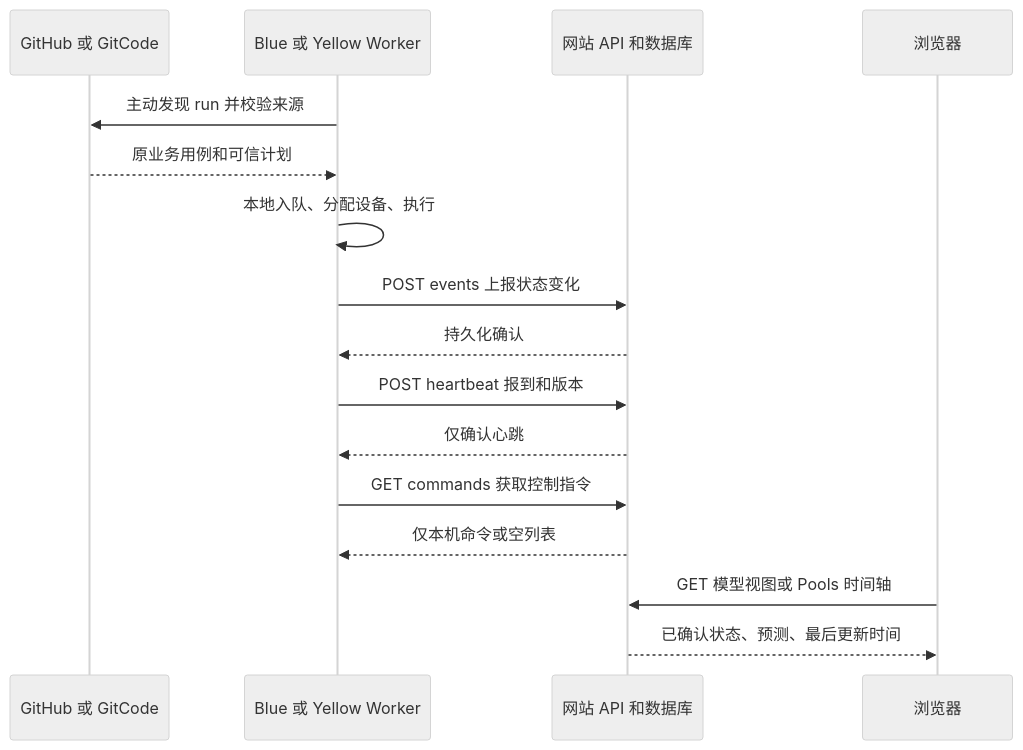
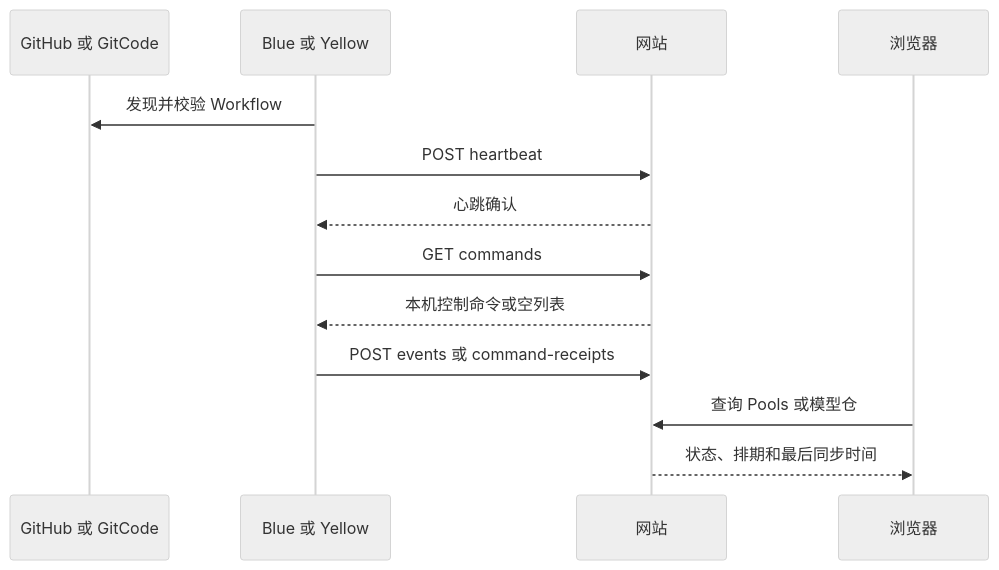
One commit to depeng1994/lite-actions changed the first of 3 diagrams in control-center/docs/PRD.md. Above: the diagram before and after it, drawn with Mermaid (neutral theme). The commit also changed other lines of this file, not shown here.

Commit message:
docs: simplify control center PRD and cancel by workflow run

````diff
--- a/control-center/docs/PRD.md
+++ b/control-center/docs/PRD.md
@@ -59,18 +37,15 @@
 ```mermaid
 sequenceDiagram
     participant P as GitHub 或 GitCode
-    participant W as Blue 或 Yellow Worker
-    participant S as 网站 API 和数据库
+    participant W as Blue 或 Yellow
+    participant S as 网站
     participant B as 浏览器
-    W->>P: 主动发现 run 并校验来源
-    P-->>W: 原业务用例和可信计划
-    W->>W: 本地入队、分配设备、执行
-    W->>S: POST events 上报状态变化
-    S-->>W: 持久化确认
-    W->>S: POST heartbeat 报到和版本
-    S-->>W: 仅确认心跳
-    W->>S: GET commands 获取控制指令
-    S-->>W: 仅本机命令或空列表
-    B->>S: GET 模型视图或 Pools 时间轴
-    S-->>B: 已确认状态、预测、最后更新时间
+    W->>P: 发现并校验 Workflow
+    W->>S: POST heartbeat
+    S-->>W: 心跳确认
+    W->>S: GET commands
+    S-->>W: 本机控制命令或空列表
+    W->>S: POST events 或 command-receipts
+    B->>S: 查询 Pools 或模型仓
+    S-->>B: 状态、排期和最后同步时间
 ```
````
